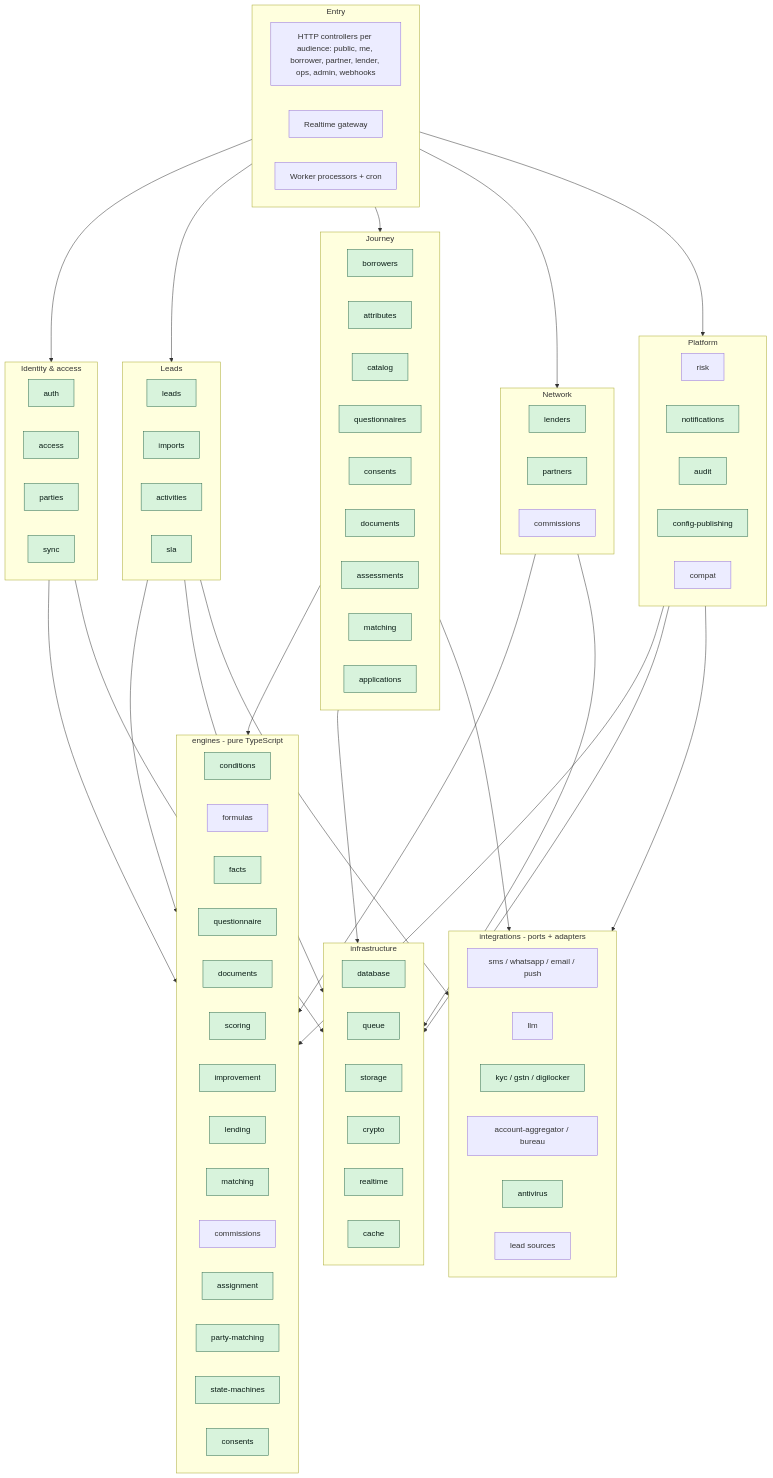
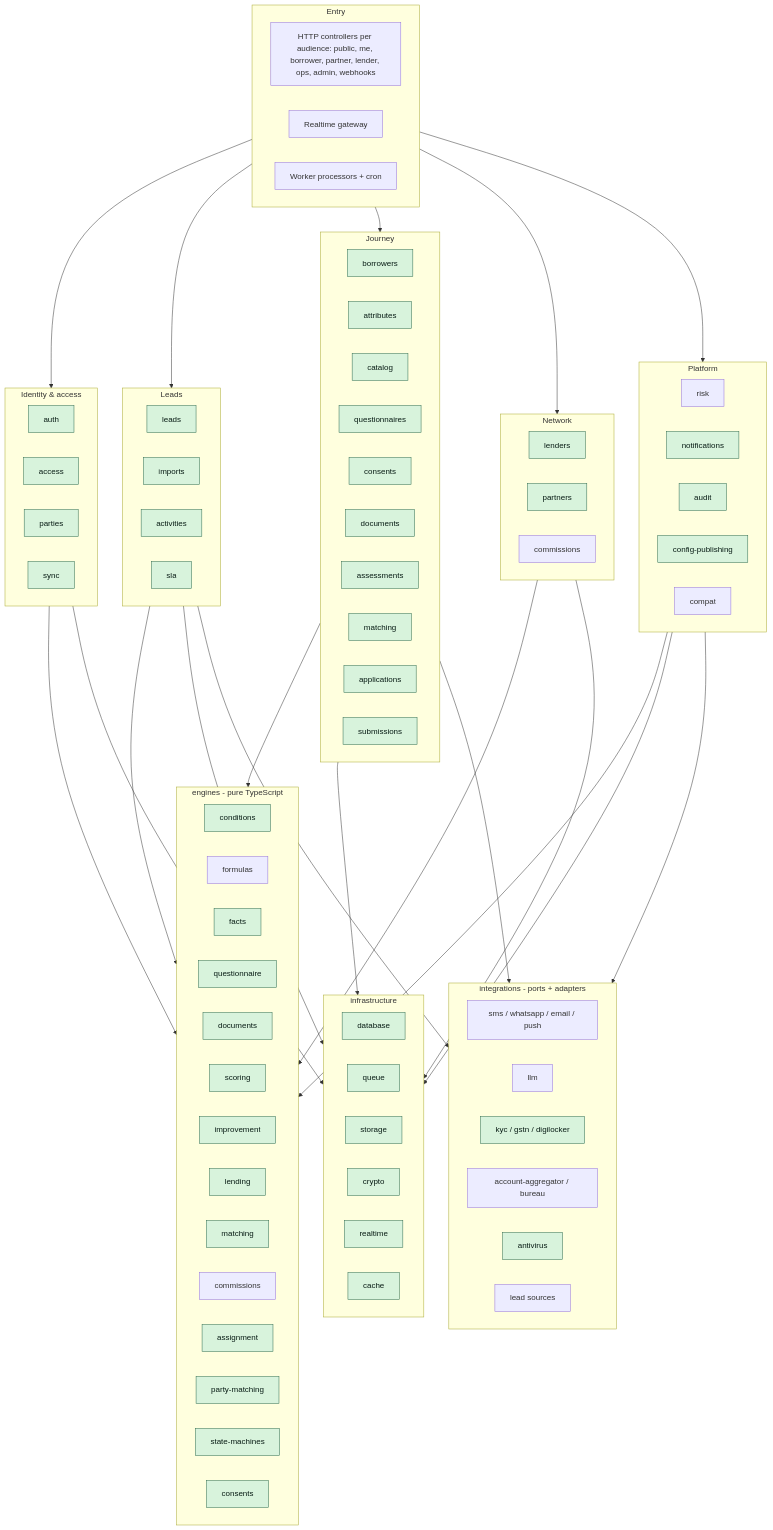
One commit to Shaikhfaruk/fundenflo changed the second of 15 diagrams in docs/ARCHITECTURE.md. Above: the diagram before and after it, drawn with Mermaid. The commit also changed other lines of this file and 102 other files, not shown here.

````diff
--- a/docs/ARCHITECTURE.md
+++ b/docs/ARCHITECTURE.md
@@ -95,6 +95,7 @@
     assessments
     matching
     applications
+    submissions
   end
   subgraph Network
     lenders
@@ -159,5 +160,5 @@
   LeadsGroup --> Ports
   Platform --> Ports
   classDef built fill:#d8f3dc,stroke:#2d6a4f,color:#081c15
-  class auth,access,parties,catalog,attributes,questionnaires,consents,partners,leads,imports,activities,sla,realtime,sync,documents,borrowers,applications,lenders,assessments,matching,notifications,audit,configPublishing,conditions,facts,questionnaire,partyMatching,stateMachines,consentFold,assignment,docChecklist,lendingEngine,scoring,improvement,matchingEngine,database,queue,storage,crypto,cache,avP,kycP built
+  class auth,access,parties,catalog,attributes,questionnaires,consents,partners,leads,imports,activities,sla,realtime,sync,documents,borrowers,applications,submissions,lenders,assessments,matching,notifications,audit,configPublishing,conditions,facts,questionnaire,partyMatching,stateMachines,consentFold,assignment,docChecklist,lendingEngine,scoring,improvement,matchingEngine,database,queue,storage,crypto,cache,avP,kycP built
 ```
````
